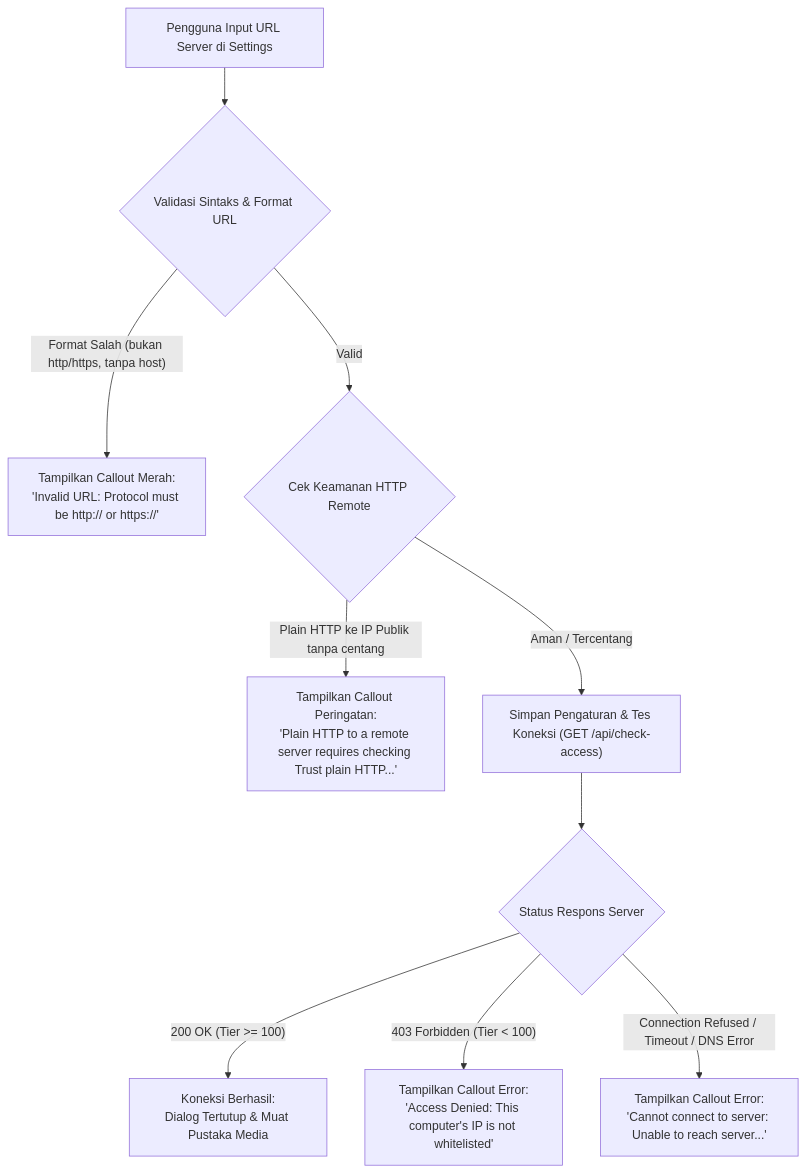
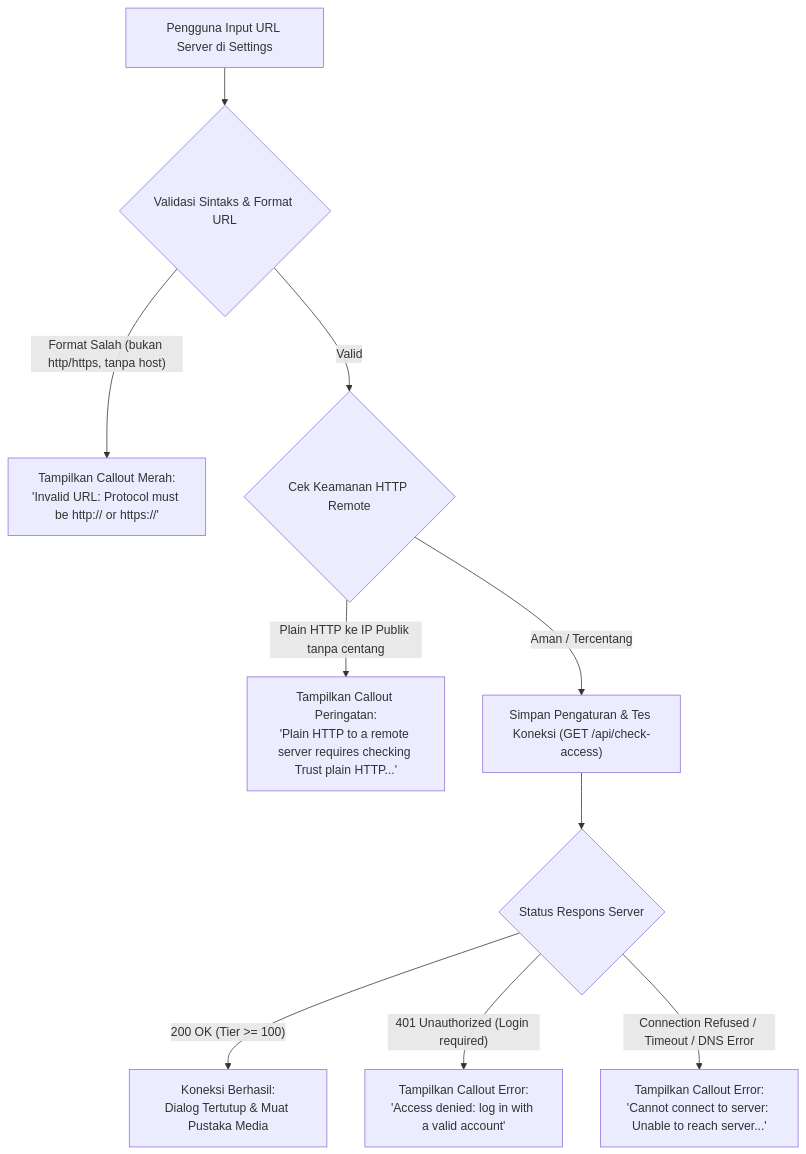
One commit to Doglexable/DogMedia changed the diagram in desktop/docs/SERVER_SOURCE_GUIDE.md. Above: the diagram before and after it, drawn with Mermaid. The commit also changed other lines of this file and 81 other files, not shown here.

````diff
--- a/desktop/docs/SERVER_SOURCE_GUIDE.md
+++ b/desktop/docs/SERVER_SOURCE_GUIDE.md
@@ -100,12 +89,12 @@
 ```mermaid
 flowchart TD
     A["Pengguna Input URL Server di Settings"] --> B{"Validasi Sintaks & Format URL"}
     B -- "Format Salah (bukan http/https, tanpa host)" --> E1["Tampilkan Callout Merah:\n'Invalid URL: Protocol must be http:// or https://'"]
     B -- "Valid" --> C{"Cek Keamanan HTTP Remote"}
     C -- "Plain HTTP ke IP Publik tanpa centang" --> E2["Tampilkan Callout Peringatan:\n'Plain HTTP to a remote server requires checking Trust plain HTTP...'"]
     C -- "Aman / Tercentang" --> D["Simpan Pengaturan & Tes Koneksi (GET /api/check-access)"]
     D --> F{"Status Respons Server"}
     F -- "200 OK (Tier >= 100)" --> S["Koneksi Berhasil:\nDialog Tertutup & Muat Pustaka Media"]
-    F -- "403 Forbidden (Tier < 100)" --> E3["Tampilkan Callout Error:\n'Access Denied: This computer's IP is not whitelisted'"]
+    F -- "401 Unauthorized (Login required)" --> E3["Tampilkan Callout Error:\n'Access denied: log in with a valid account'"]
     F -- "Connection Refused / Timeout / DNS Error" --> E4["Tampilkan Callout Error:\n'Cannot connect to server: Unable to reach server...'"]
 ```
````
